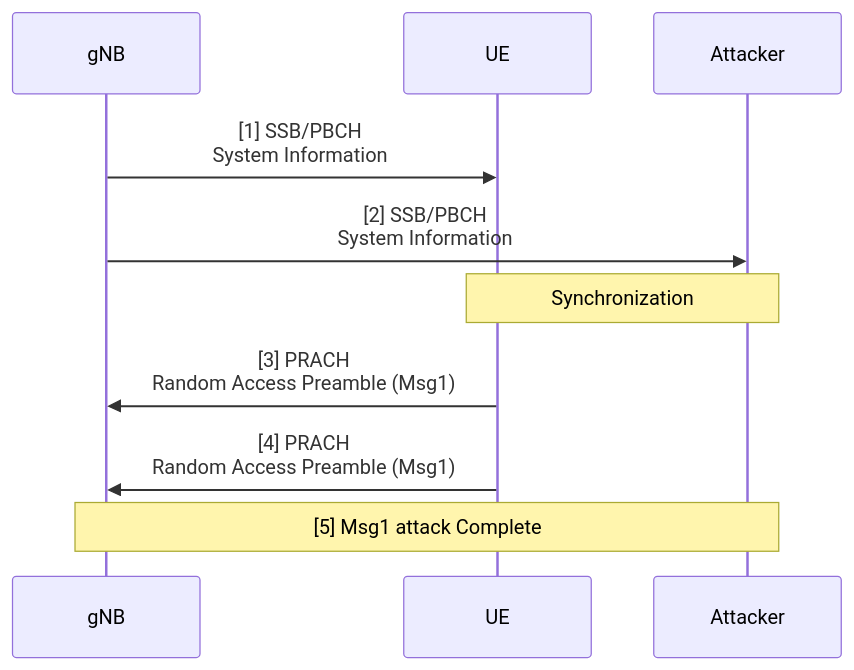
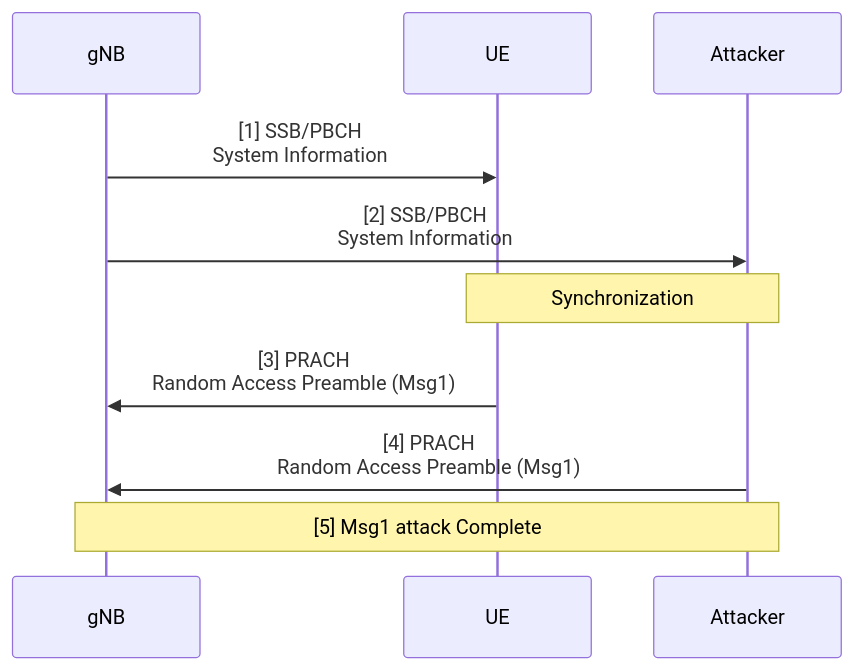
One commit to bmw-ece-ntust/wilfrid-prach-attack-analysis changed the second of 3 diagrams in docs/20250307 Thesis (Random Access Procedure and Attack).md. Above: the diagram before and after it, drawn with Mermaid. The commit also changed other lines of this file, not shown here.

Commit message:
Update 20250307 Thesis (Random Access Procedure and Attack).md

````diff
--- a/docs/20250307 Thesis (Random Access Procedure and Attack).md
+++ b/docs/20250307 Thesis (Random Access Procedure and Attack).md
@@ -63,9 +63,9 @@
 ```mermaid
 sequenceDiagram
     gNB->>UE: [1] SSB/PBCH<br/>System Information
     gNB->>Attacker: [2] SSB/PBCH<br/>System Information
     Note over UE,Attacker: Synchronization
     UE->>gNB: [3] PRACH<br/>Random Access Preamble (Msg1)
-    UE->>gNB: [4] PRACH<br/>Random Access Preamble (Msg1)
+    Attacker->>gNB: [4] PRACH<br/>Random Access Preamble (Msg1)
     Note over gNB,Attacker: [5] Msg1 attack Complete
 ```
````
